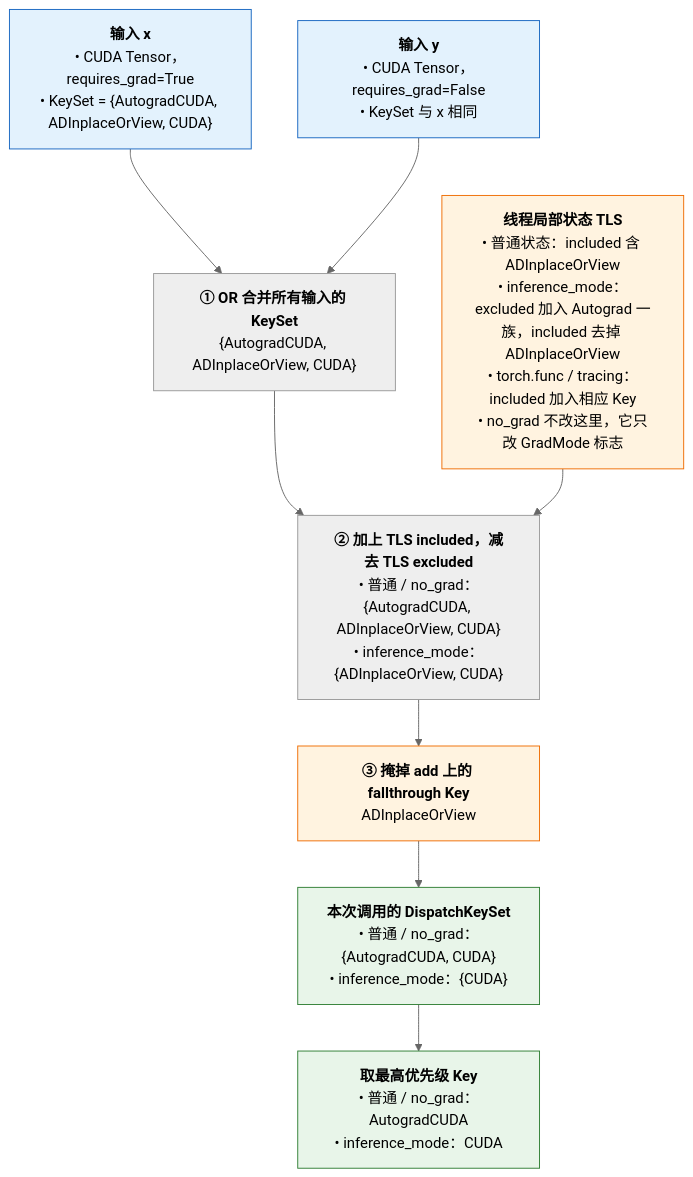
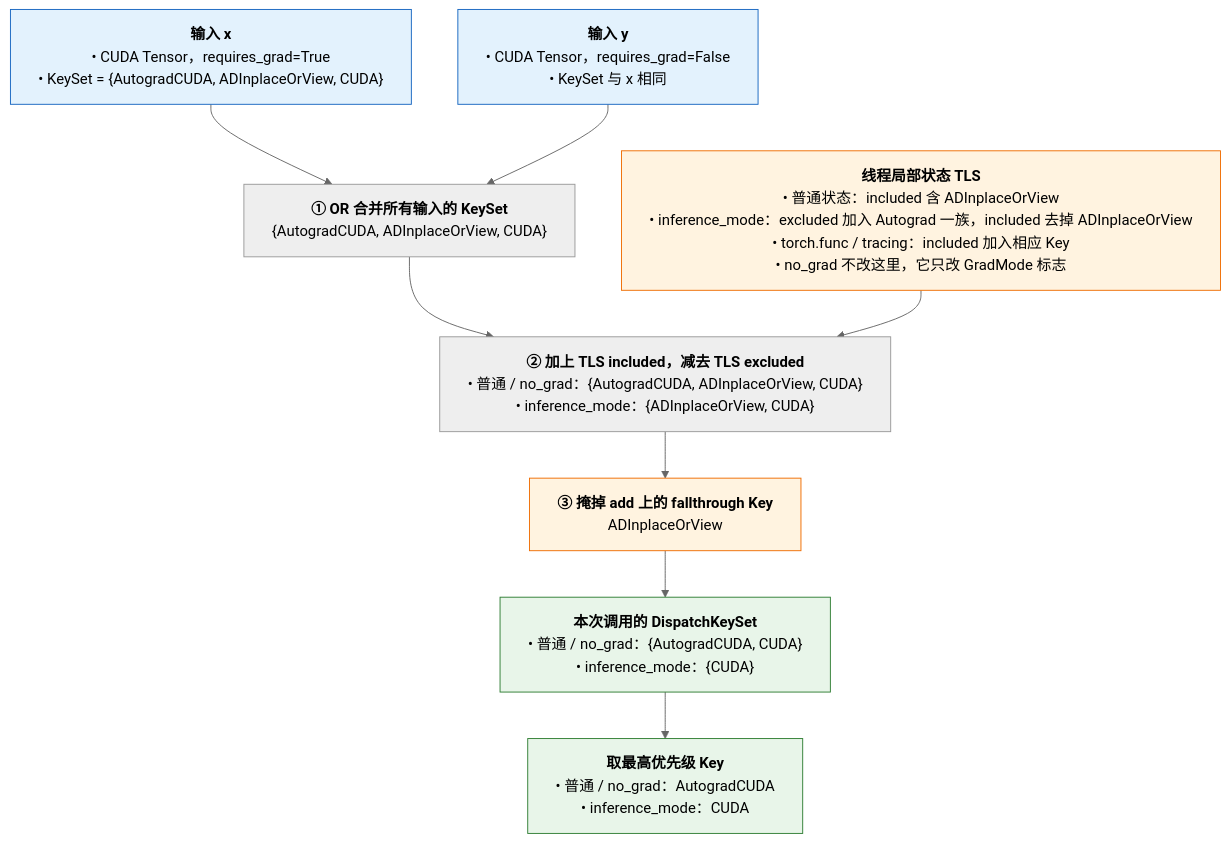
One commit to arganzheng/arganzheng.github.com changed the fourth of 6 diagrams in _posts/2026-02-21-pytorch-dispatcher-and-operator-system.md. Above: the diagram before and after it, drawn with Mermaid (neutral theme). The commit also changed other lines of this file and 9 other files, not shown here.

First line of the commit message:
PyTorch 系列其余 9 篇：流程图方框改成「标题 + 列表」

````diff
--- a/_posts/2026-02-21-pytorch-dispatcher-and-operator-system.md
+++ b/_posts/2026-02-21-pytorch-dispatcher-and-operator-system.md
@@ -715,24 +717,25 @@
 ```mermaid
+%%{init: {"flowchart": {"wrappingWidth": 620}}}%%
 %% 图：合并 DispatchKeySet：各输入 KeySet 做 OR，叠加 TLS 的 include、减去 exclude，再掩掉 fallthrough Key
 flowchart TB
     TX["<b>输入 x</b><br/>• CUDA Tensor，requires_grad=True<br/>• KeySet = #123;AutogradCUDA, ADInplaceOrView, CUDA#125;"]
     TY["<b>输入 y</b><br/>• CUDA Tensor，requires_grad=False<br/>• KeySet 与 x 相同"]
     TLS["<b>线程局部状态 TLS</b><br/>• 普通状态：included 含 ADInplaceOrView<br/>• inference_mode：excluded 加入 Autograd 一族，included 去掉 ADInplaceOrView<br/>• torch.func / tracing：included 加入相应 Key<br/>• no_grad 不改这里，它只改 GradMode 标志"]
     OR["<b>① OR 合并所有输入的 KeySet</b><br/>#123;AutogradCUDA, ADInplaceOrView, CUDA#125;"]
     MERGE["<b>② 加上 TLS included，减去 TLS excluded</b><br/>• 普通 / no_grad：#123;AutogradCUDA, ADInplaceOrView, CUDA#125;<br/>• inference_mode：#123;ADInplaceOrView, CUDA#125;"]
     MASK["<b>③ 掩掉 add 上的 fallthrough Key</b><br/>ADInplaceOrView"]
     KS["<b>本次调用的 DispatchKeySet</b><br/>• 普通 / no_grad：#123;AutogradCUDA, CUDA#125;<br/>• inference_mode：#123;CUDA#125;"]
     TOP["<b>取最高优先级 Key</b><br/>• 普通 / no_grad：AutogradCUDA<br/>• inference_mode：CUDA"]
     TX --> OR
     TY --> OR
     OR --> MERGE
     TLS --> MERGE
     MERGE --> MASK --> KS --> TOP
     classDef input fill:#e3f2fd,stroke:#1565c0;
     classDef ctx fill:#fff3e0,stroke:#ef6c00;
     classDef result fill:#e8f5e9,stroke:#2e7d32;
     class TX,TY input;
     class TLS ctx;
     class KS,TOP result;
     class MASK ctx;
 ```
````
